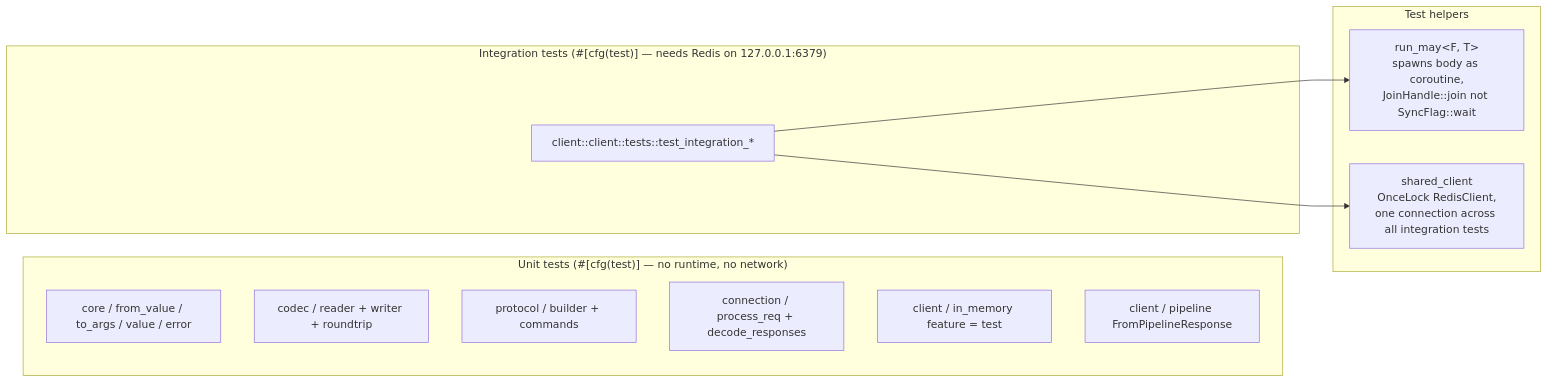
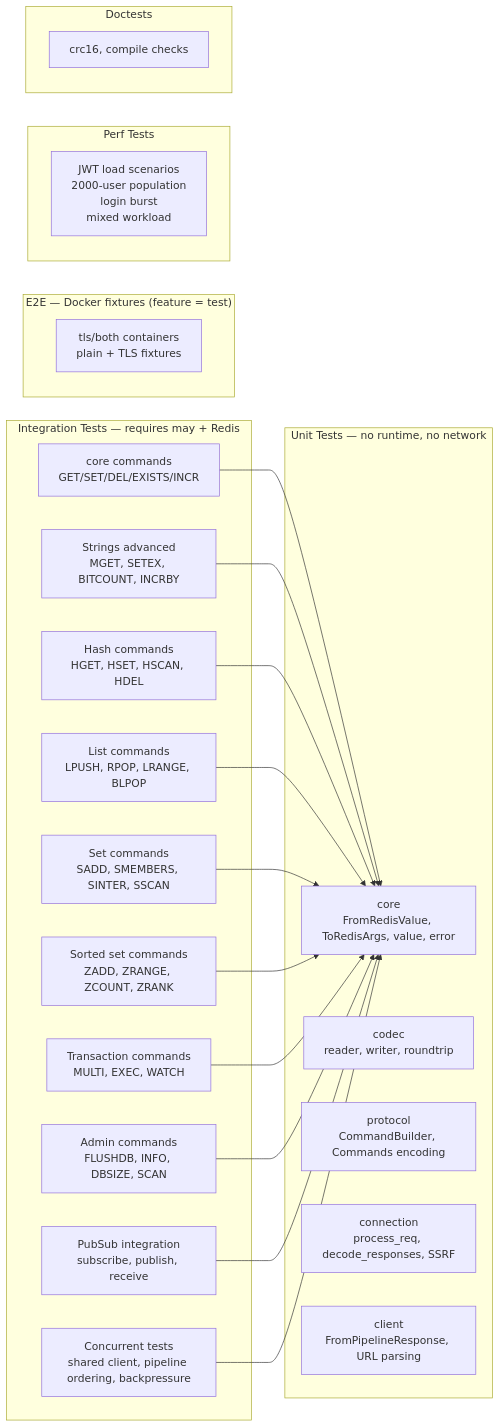
Before and after one commit to microscaler/may_redis: the sixth of 6 diagrams in docs/architecture.md, drawn with Mermaid. The commit also changed other lines of this file and 3 other files, not shown here.

First line of the commit message:
docs: update architecture, INDEX, test-strategy, and README for v0.1.0 release

````diff
--- a/docs/architecture.md
+++ b/docs/architecture.md
@@ -419,23 +506,46 @@
 ```mermaid
 graph LR
-    subgraph "Unit tests (#[cfg(test)] — no runtime, no network)"
-        UC[core / from_value / to_args / value / error]
-        UR[codec / reader + writer + roundtrip]
-        UP[protocol / builder + commands]
-        UCx[connection / process_req + decode_responses]
-        UIM[client / in_memory feature = test]
-        UPI[client / pipeline FromPipelineResponse]
+    subgraph "Unit Tests — no runtime, no network"
+        UC[core<br/>FromRedisValue, ToRedisArgs, value, error]
+        UR[codec<br/>reader, writer, roundtrip]
+        UP[protocol<br/>CommandBuilder, Commands encoding]
+        UU[connection<br/>process_req, decode_responses, SSRF]
+        UPI[client<br/>FromPipelineResponse, URL parsing]
     end
 
-    subgraph "Integration tests (#[cfg(test)] — needs Redis on 127.0.0.1:6379)"
-        IT[client::client::tests::test_integration_*]
+    subgraph "Integration Tests — requires may + Redis"
+        IT[core commands<br/>GET/SET/DEL/EXISTS/INCR]
+        IT2[Strings advanced<br/>MGET, SETEX, BITCOUNT, INCRBY]
+        IT3[Hash commands<br/>HGET, HSET, HSCAN, HDEL]
+        IT4[List commands<br/>LPUSH, RPOP, LRANGE, BLPOP]
+        IT5[Set commands<br/>SADD, SMEMBERS, SINTER, SSCAN]
+        IT6[Sorted set commands<br/>ZADD, ZRANGE, ZCOUNT, ZRANK]
+        IT7[Transaction commands<br/>MULTI, EXEC, WATCH]
+        IT8[Admin commands<br/>FLUSHDB, INFO, DBSIZE, SCAN]
+        IT9[PubSub integration<br/>subscribe, publish, receive]
+        ITX[Concurrent tests<br/>shared client, pipeline ordering, backpressure]
     end
 
-    subgraph "Test helpers"
-        Run[run_may&lt;F, T&gt;<br/>spawns body as coroutine,<br/>JoinHandle::join not SyncFlag::wait]
-        Shared[shared_client<br/>OnceLock RedisClient,<br/>one connection across all integration tests]
+    subgraph "E2E — Docker fixtures (feature = test)"
+        E2E[tls/both containers<br/>plain + TLS fixtures]
     end
 
-    IT --> Run
-    IT --> Shared
+    subgraph "Perf Tests"
+        PERF[JWT load scenarios<br/>2000-user population<br/>login burst<br/>mixed workload]
+    end
+
+    subgraph "Doctests"
+        DOC[crc16, compile checks]
+    end
+
+    IT --> UC
+    IT2 --> UC
+    IT3 --> UC
+    IT4 --> UC
+    IT5 --> UC
+    IT6 --> UC
+    IT7 --> UC
+    IT8 --> UC
+    IT9 --> UC
+    ITX --> UC
 ```
````
